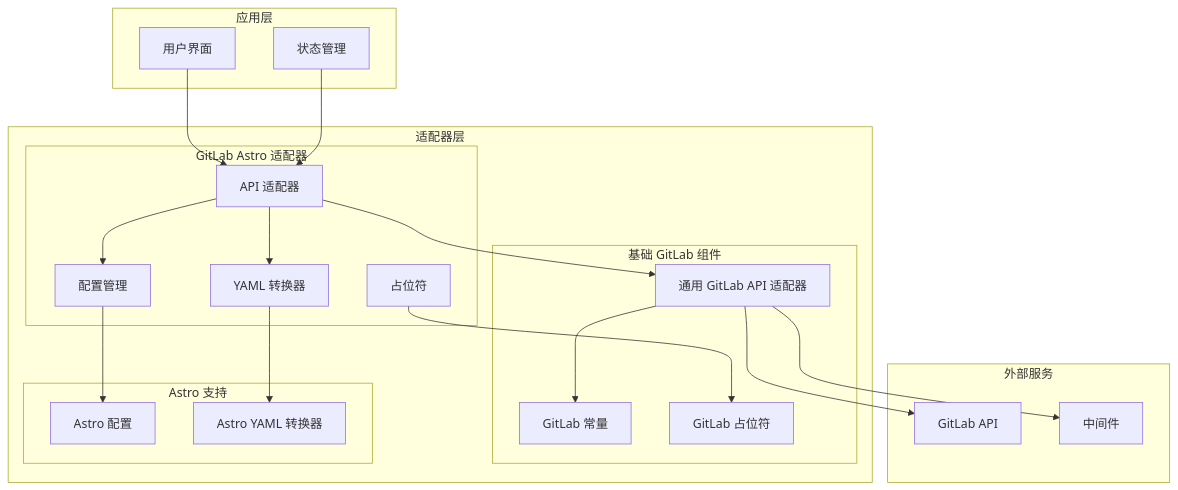
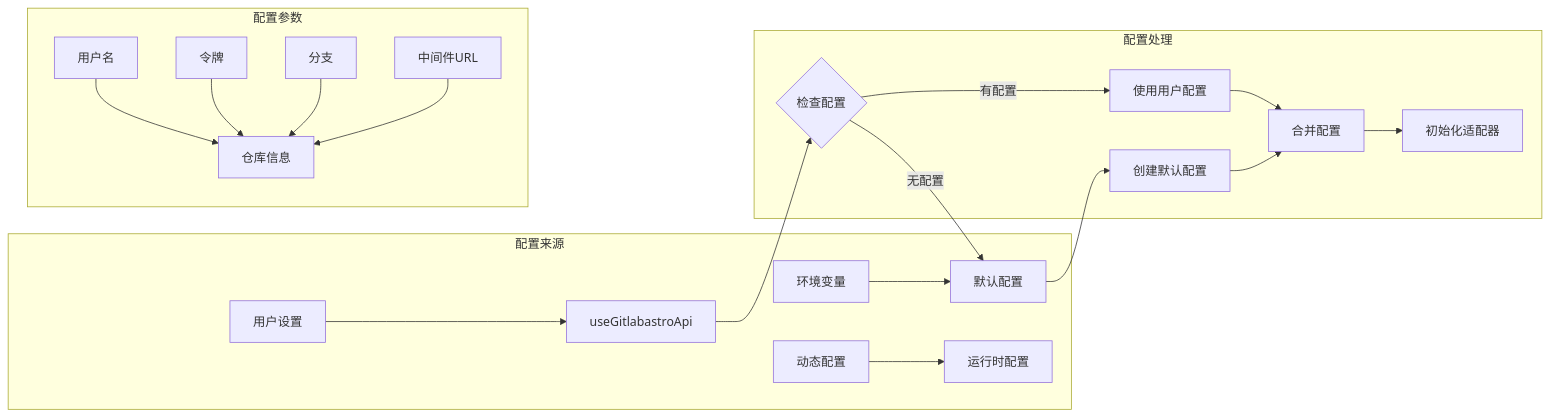
The fifth of 8 diagrams in .qoder/repowiki/zh/content/平台适配器系统/静态站点适配器/GitLab Astro 平台适配器.md (terwer/siyuan-plugin-publisher), drawn with Mermaid before and after one commit. The commit also changed other lines of this file and 14 other files, not shown here.

````diff
--- a/.qoder/repowiki/zh/content/平台适配器系统/静态站点适配器/GitLab Astro 平台适配器.md
+++ b/.qoder/repowiki/zh/content/平台适配器系统/静态站点适配器/GitLab Astro 平台适配器.md
@@ -139,39 +219,23 @@
 ```mermaid
-graph TB
-subgraph "应用层"
-UI[用户界面]
-Store[状态管理]
+flowchart LR
+subgraph "配置来源"
+A[用户设置] --> B[useGitlabastroApi]
+C[环境变量] --> D[默认配置]
+E[动态配置] --> F[运行时配置]
 end
-subgraph "适配器层"
-subgraph "GitLab Astro 适配器"
-API[API 适配器]
-CFG[配置管理]
-YAML[YAML 转换器]
-PH[占位符]
+subgraph "配置处理"
+B --> G{检查配置}
+G --> |有配置| H[使用用户配置]
+G --> |无配置| D
+D --> I[创建默认配置]
+H --> J[合并配置]
+I --> J
+J --> K[初始化适配器]
 end
-subgraph "基础 GitLab 组件"
-CGA[通用 GitLab API 适配器]
-GFC[GitLab 常量]
-GPH[GitLab 占位符]
+subgraph "配置参数"
+L[用户名] --> M[仓库信息]
+N[令牌] --> M
+O[分支] --> M
+P[中间件URL] --> M
 end
-subgraph "Astro 支持"
-AC[Astro 配置]
-AY[Astro YAML 转换器]
-end
-end
-subgraph "外部服务"
-GL[GitLab API]
-MW[中间件]
-end
-UI --> API
-Store --> API
-API --> CGA
-API --> CFG
-API --> YAML
-CFG --> AC
-YAML --> AY
-CGA --> GL
-CGA --> MW
-CGA --> GFC
-PH --> GPH
 ```
````
